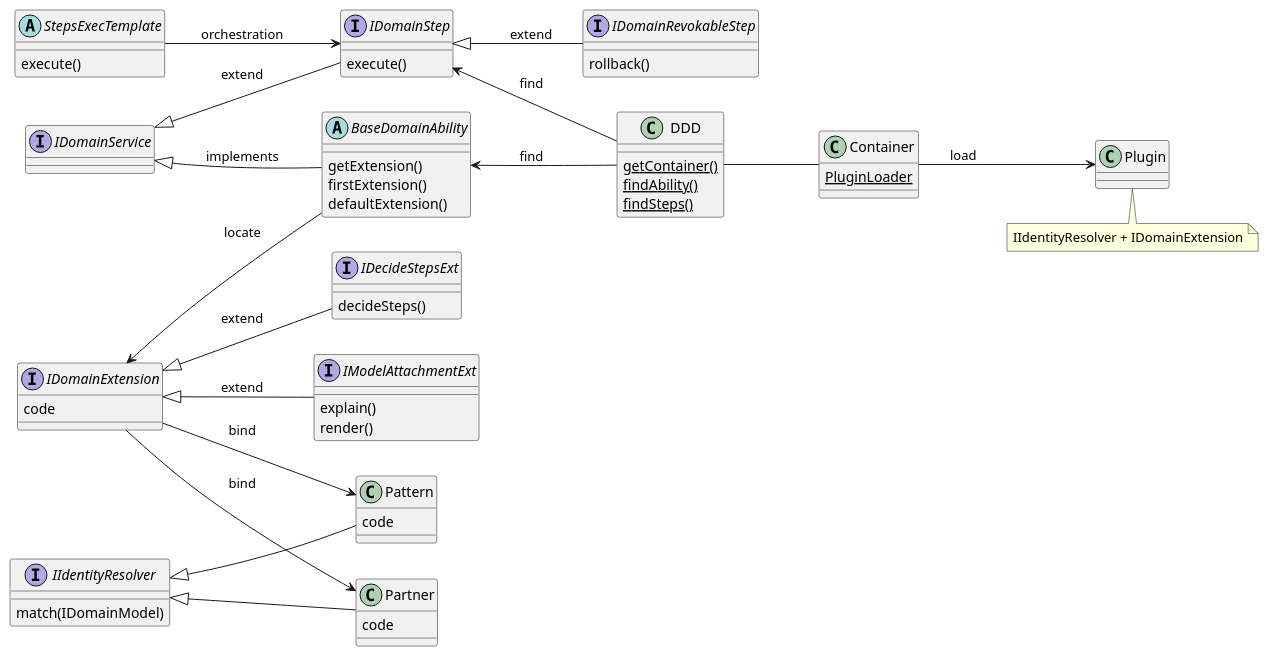
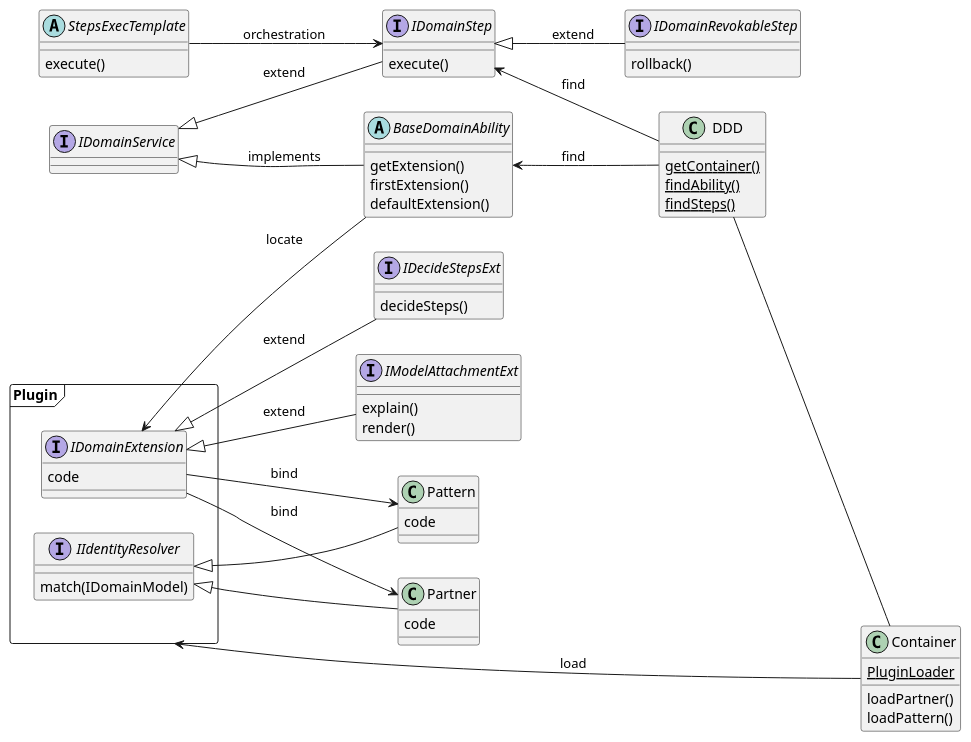
The diagram in doc/classes.puml (funkygao/cp-ddd-framework), drawn with PlantUML before and after one commit. The commit also changed 1 other file, not shown here.

```diff
--- a/doc/classes.puml
+++ b/doc/classes.puml
@@ -1,61 +1,61 @@
 @startuml
 skinparam handwritten false
 skinparam shadowing<<with_shadow>> true
 left to right direction
 
 interface IDomainService
 interface IDomainStep
 IDomainStep : execute()
 interface IDecideStepsExt
 interface IDomainRevokableStep
 IDomainRevokableStep : rollback()
-interface IDomainExtension
-interface IIdentityResolver
+package Plugin <<Frame>> {
+    interface IIdentityResolver
+    interface IDomainExtension
+}
 interface IModelAttachmentExt
 IModelAttachmentExt : explain()
 IModelAttachmentExt : render()
 abstract StepsExecTemplate
 abstract BaseDomainAbility
 BaseDomainAbility : getExtension()
 BaseDomainAbility : firstExtension()
 BaseDomainAbility : defaultExtension()
 StepsExecTemplate : execute()
 DDD : {static} getContainer()
 DDD : {static} findAbility()
 DDD : {static} findSteps()
 IDecideStepsExt : decideSteps()
 IIdentityResolver : match(IDomainModel)
 
 IDomainService <|-- IDomainStep: extend
 IDomainStep <|-- IDomainRevokableStep: extend
 IDomainService <|-- BaseDomainAbility: implements
 
 IDomainExtension <|-- IDecideStepsExt: extend
 IDomainExtension <|-- IModelAttachmentExt: extend
 
 IIdentityResolver <|-- Pattern
 IIdentityResolver <|-- Partner
 
 BaseDomainAbility <-- DDD: find
 IDomainStep <-- DDD: find
 
 IDomainExtension <-- BaseDomainAbility: locate
 
 IDomainExtension --> Pattern: bind
 IDomainExtension --> Partner: bind
 
 DDD -- Container
 Container : {static} PluginLoader
+Container : loadPartner()
+Container : loadPattern()
 
 Container --> Plugin : load
-
-note bottom of Plugin
-   IIdentityResolver + IDomainExtension
-end note
 
 Partner : code
 Pattern : code
 IDomainExtension : code
 
 StepsExecTemplate --> IDomainStep: orchestration
 @enduml
```
